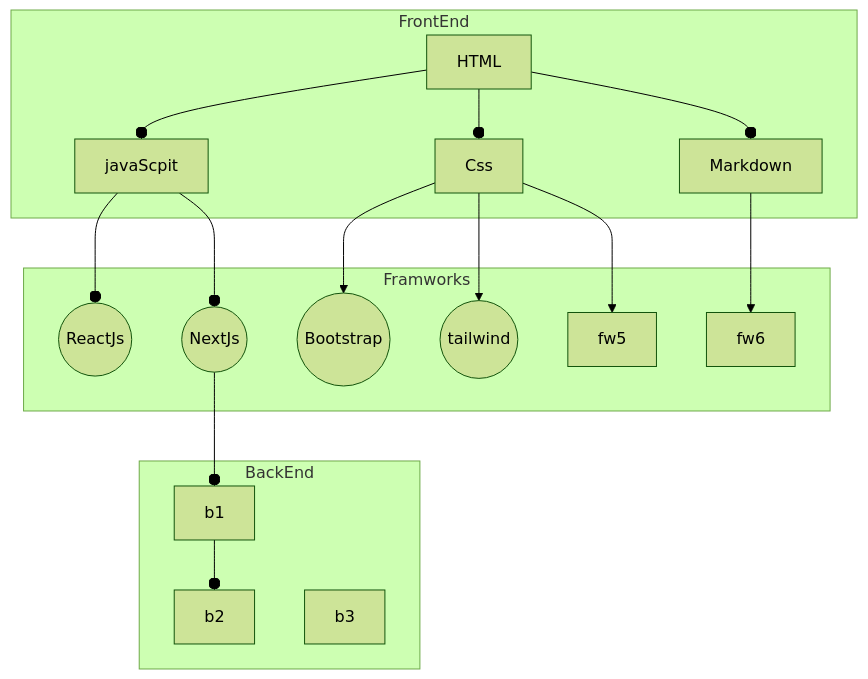
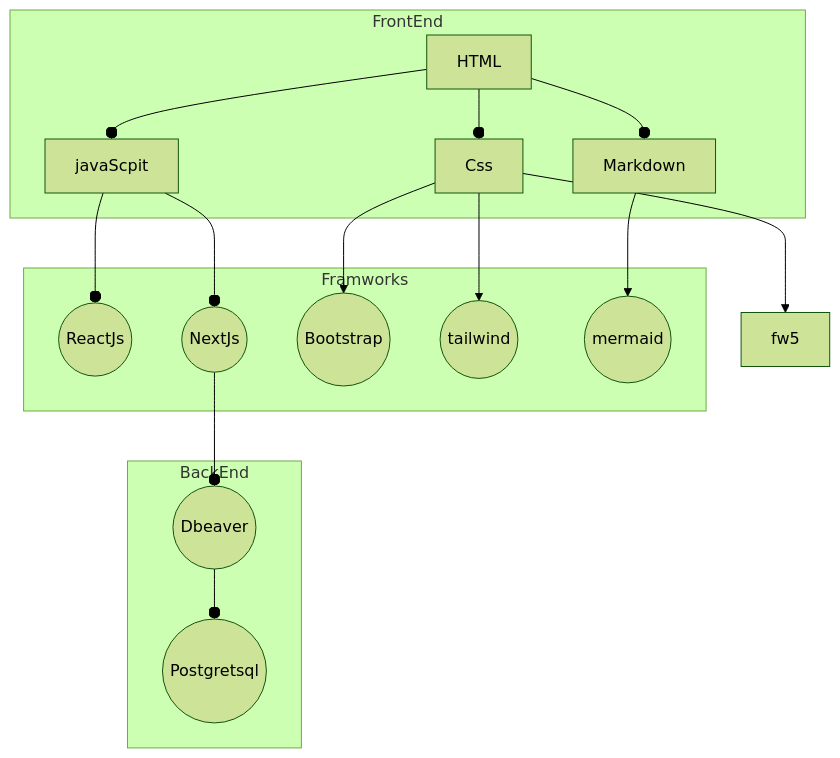
The second of 2 diagrams in README.md (metazack89/metazack89), drawn with Mermaid (forest theme) before and after one commit. The commit also changed other lines of this file, not shown here.

````diff
--- a/README.md
+++ b/README.md
@@ -96,41 +96,42 @@
 ```mermaid
 flowchart 
 f1[HTML]
 f2[Css]
 f3[javaScpit]
 f4[Markdown]
 fw1((ReactJs))
 fw2((NextJs))
 fw3((Bootstrap))
 fw4((tailwind))
+fw6((mermaid))
+b1((Dbeaver))
+b2((Postgretsql))
  subgraph  BackEnd
 b1
 b2
-b3
  end  
  subgraph Framworks 
 fw1
 fw2
 fw3
 fw4
-fw5
 fw6
  end
   subgraph  FrontEnd 
  f1
  f2
  f3
  f4
  end  
  f1 --o f2
  f1 --o f3
  f1 --o f4
  f2 --> fw3
  f2 --> fw4
  f2 --> fw5
  f3 --o fw1
  f3 --o fw2
  fw2 --o b1
  f4 --> fw6
  b1 --o b2
  ```
````
